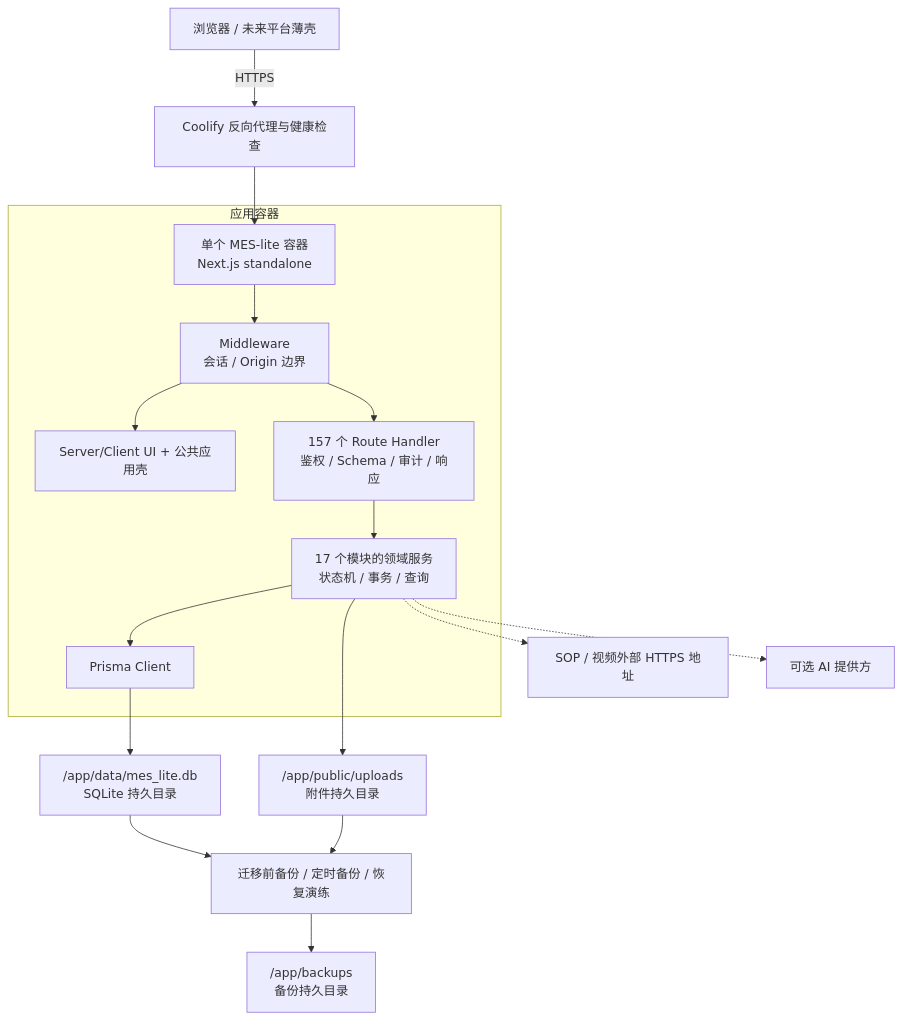
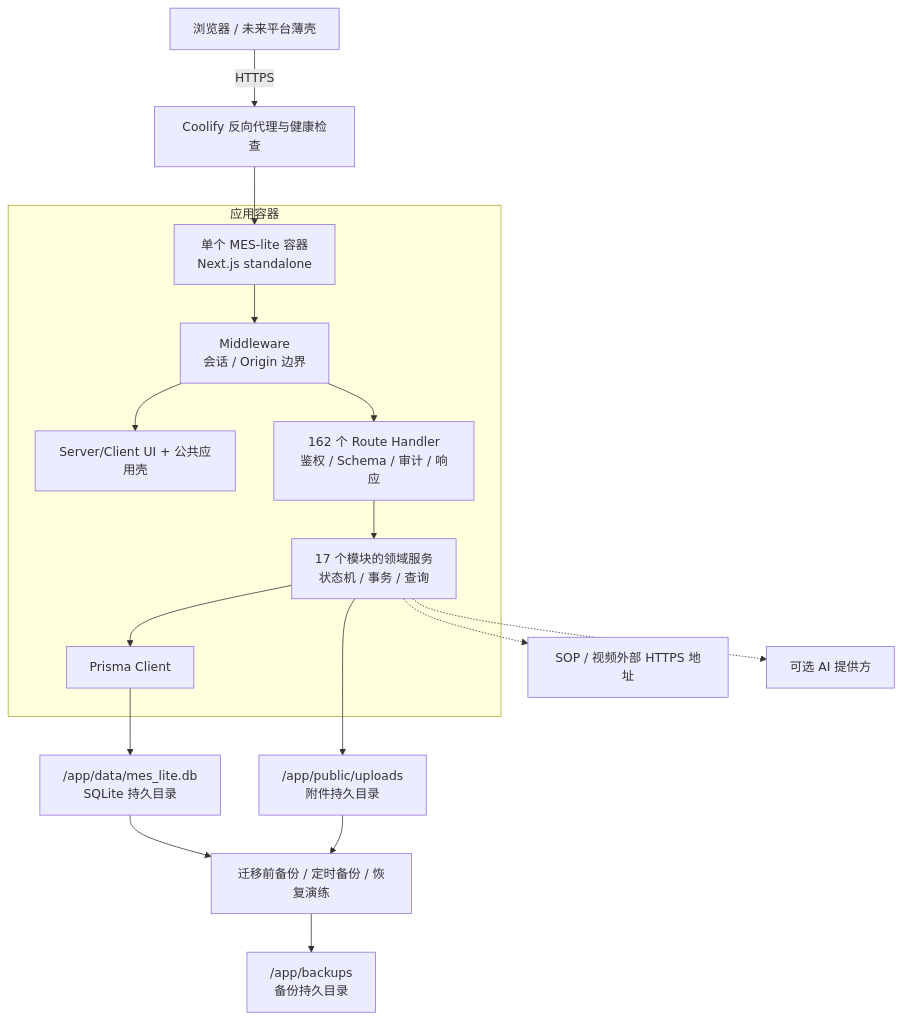
One commit to goldf2/mes-lite changed the second of 13 diagrams in docs/architecture/系统结构图.md. Above: the diagram before and after it, drawn with Mermaid. The commit also changed other lines of this file and 35 other files, not shown here.

````diff
--- a/docs/architecture/系统结构图.md
+++ b/docs/architecture/系统结构图.md
@@ -47,21 +47,21 @@
 ```mermaid
 flowchart TB
   Browser["浏览器 / 未来平台薄壳"] -->|"HTTPS"| Proxy["Coolify 反向代理与健康检查"]
   Proxy --> App["单个 MES-lite 容器<br/>Next.js standalone"]
 
   subgraph Container["应用容器"]
     App --> Middleware["Middleware<br/>会话 / Origin 边界"]
     Middleware --> UI["Server/Client UI + 公共应用壳"]
-    Middleware --> Route["157 个 Route Handler<br/>鉴权 / Schema / 审计 / 响应"]
+    Middleware --> Route["162 个 Route Handler<br/>鉴权 / Schema / 审计 / 响应"]
     Route --> Services["17 个模块的领域服务<br/>状态机 / 事务 / 查询"]
     Services --> Prisma["Prisma Client"]
   end
 
   Prisma --> Db["/app/data/mes_lite.db<br/>SQLite 持久目录"]
   Services --> Uploads["/app/public/uploads<br/>附件持久目录"]
   Backup["迁移前备份 / 定时备份 / 恢复演练"] --> Backups["/app/backups<br/>备份持久目录"]
   Db --> Backup
   Uploads --> Backup
   Services -.-> Oss["SOP / 视频外部 HTTPS 地址"]
   Services -.-> Ai["可选 AI 提供方"]
 ```
````
